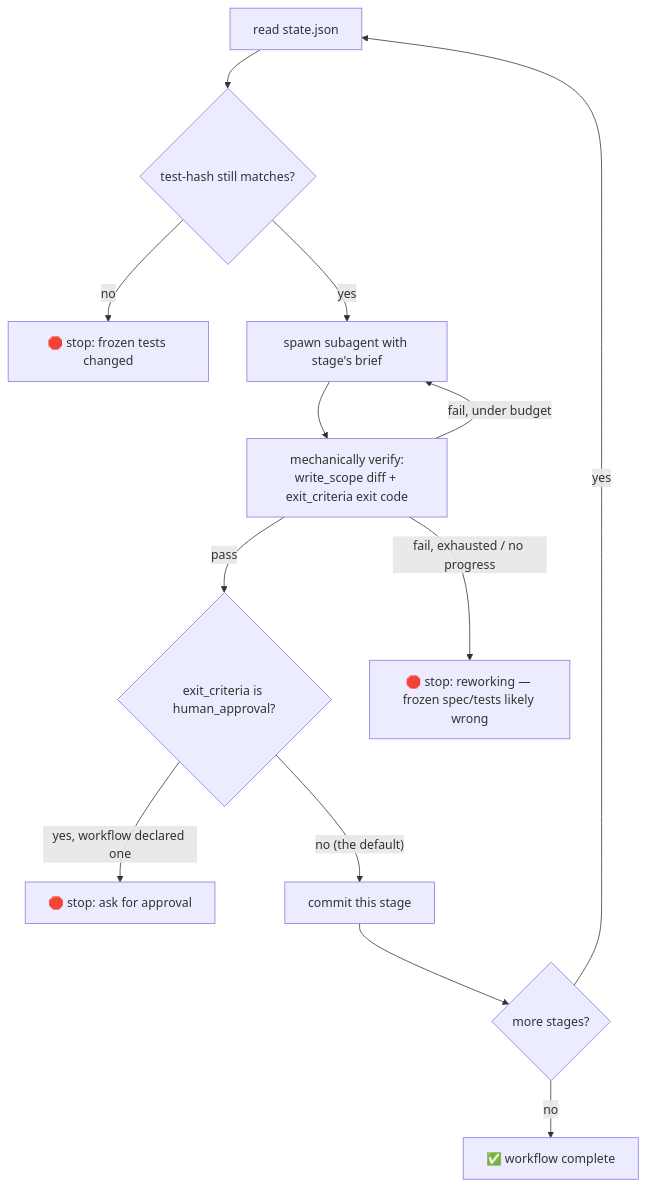
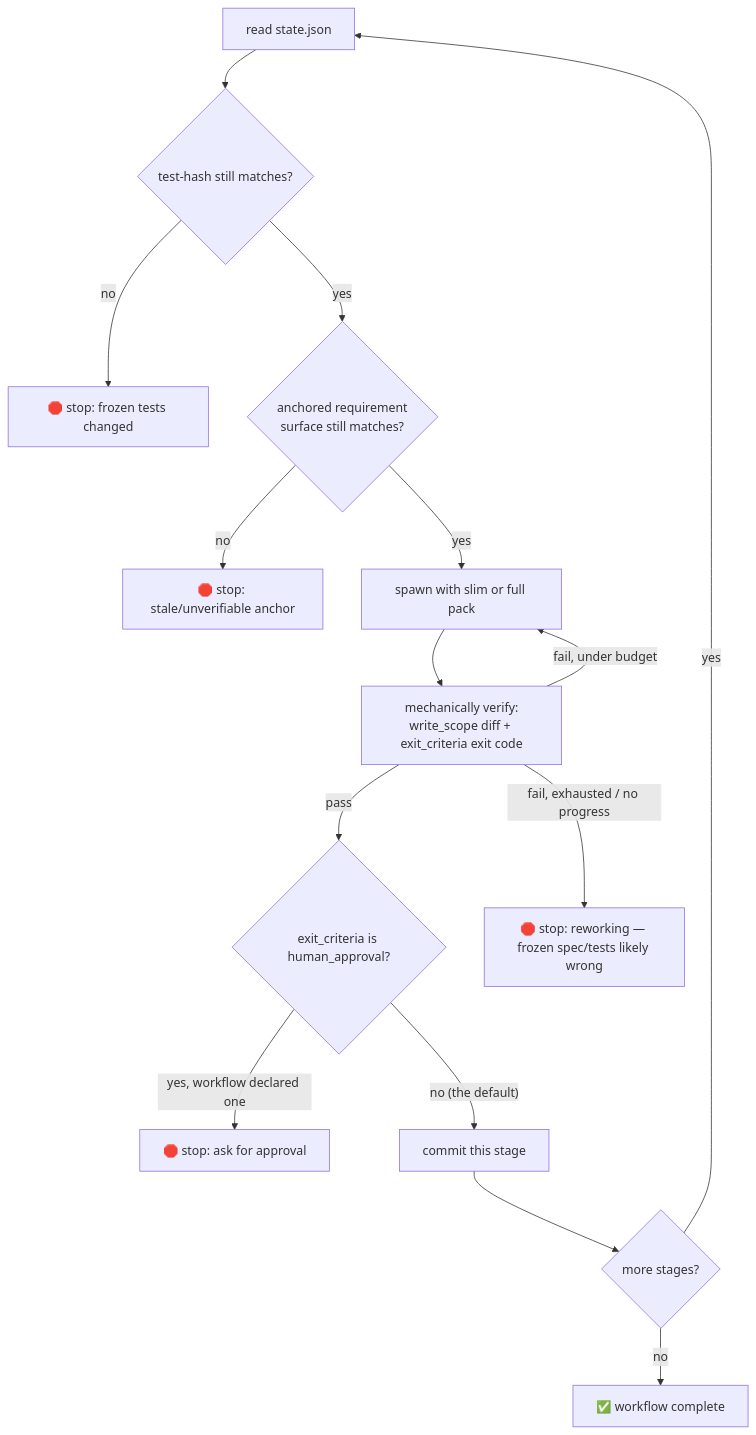
One commit to wittawat16/kestra changed the diagram in workflow/kestra-run/README.md. Above: the diagram before and after it, drawn with Mermaid. The commit also changed other lines of this file and 9 other files, not shown here.

````diff
--- a/workflow/kestra-run/README.md
+++ b/workflow/kestra-run/README.md
@@ -5,15 +5,17 @@
 ```mermaid
 flowchart TD
     A["read state.json"] --> B{"test-hash still matches?"}
     B -- no --> STOP1["🛑 stop: frozen tests changed"]
-    B -- yes --> D["spawn subagent with stage's brief"]
+    B -- yes --> S{"anchored requirement<br/>surface still matches?"}
+    S -- no --> STOP4["🛑 stop: stale/unverifiable anchor"]
+    S -- yes --> D["spawn with slim or full pack"]
     D --> E["mechanically verify:<br/>write_scope diff + exit_criteria exit code"]
     E -- pass --> C{"exit_criteria is human_approval?"}
     C -- yes, workflow declared one --> STOP2["🛑 stop: ask for approval"]
     C -- no (the default) --> F["commit this stage"]
     F --> G{"more stages?"}
     G -- yes --> A
     G -- no --> DONE["✅ workflow complete"]
     E -- fail, under budget --> D
     E -- fail, exhausted / no progress --> STOP3["🛑 stop: reworking — frozen spec/tests likely wrong"]
 ```
````
